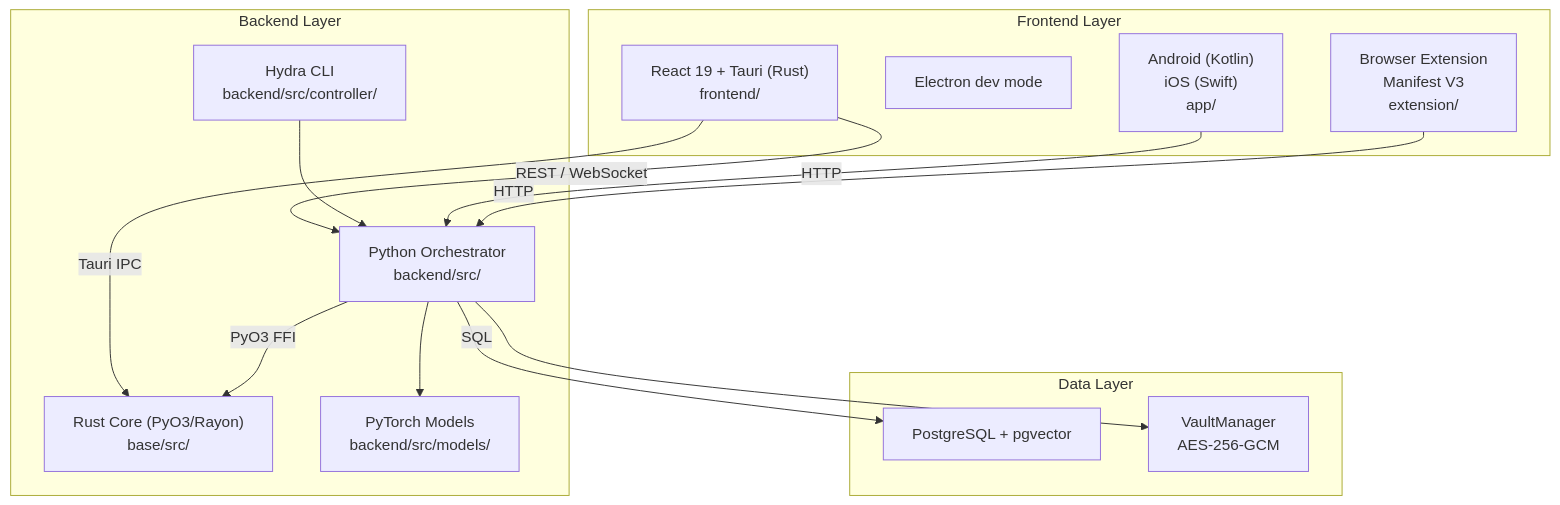
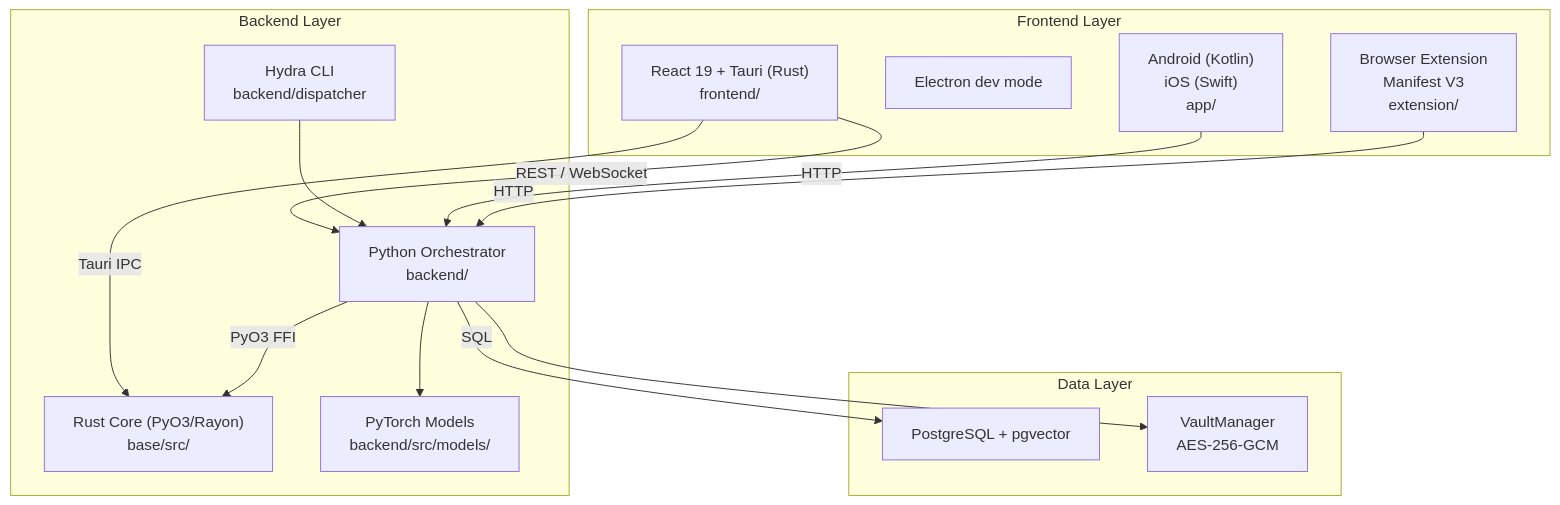
One commit to ACFHarbinger/Image-Toolkit changed the diagram in docs/index.md. Above: the diagram before and after it, drawn with Mermaid. The commit also changed other lines of this file and 241 other files, not shown here.

````diff
--- a/docs/index.md
+++ b/docs/index.md
@@ -26,31 +26,31 @@
 ```mermaid
 graph TD
     subgraph Frontend["Frontend Layer"]
         FE["React 19 + Tauri (Rust)\nfrontend/"]
         EL["Electron dev mode"]
         MB["Android (Kotlin)\niOS (Swift)\napp/"]
         EXT["Browser Extension\nManifest V3\nextension/"]
     end
 
     subgraph Backend["Backend Layer"]
-        PY["Python Orchestrator\nbackend/src/"]
+        PY["Python Orchestrator\nbackend/"]
         RU["Rust Core (PyO3/Rayon)\nbase/src/"]
         ML["PyTorch Models\nbackend/src/models/"]
-        HY["Hydra CLI\nbackend/src/controller/"]
+        HY["Hydra CLI\nbackend/dispatcher"]   
     end
 
     subgraph Data["Data Layer"]
         PG["PostgreSQL + pgvector"]
         VT["VaultManager\nAES-256-GCM"]
     end
 
     FE -->|Tauri IPC| RU
     FE -->|REST / WebSocket| PY
     PY -->|PyO3 FFI| RU
     PY -->|SQL| PG
     PY --> ML
     HY --> PY
     MB -->|HTTP| PY
     EXT -->|HTTP| PY
     PY --> VT
 ```
````
